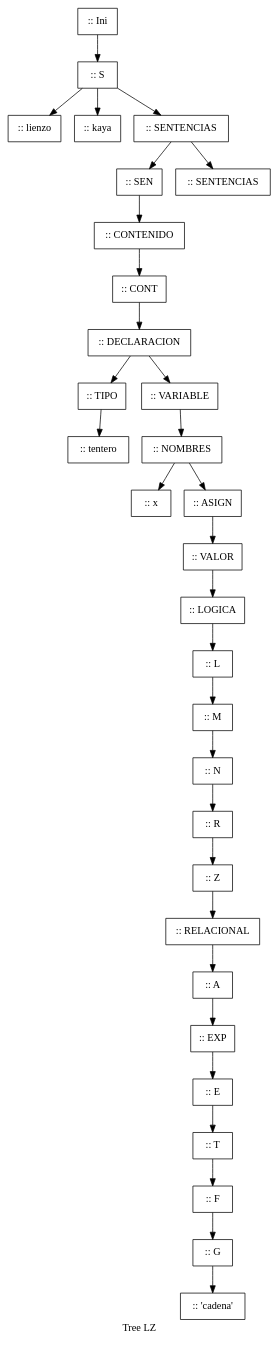
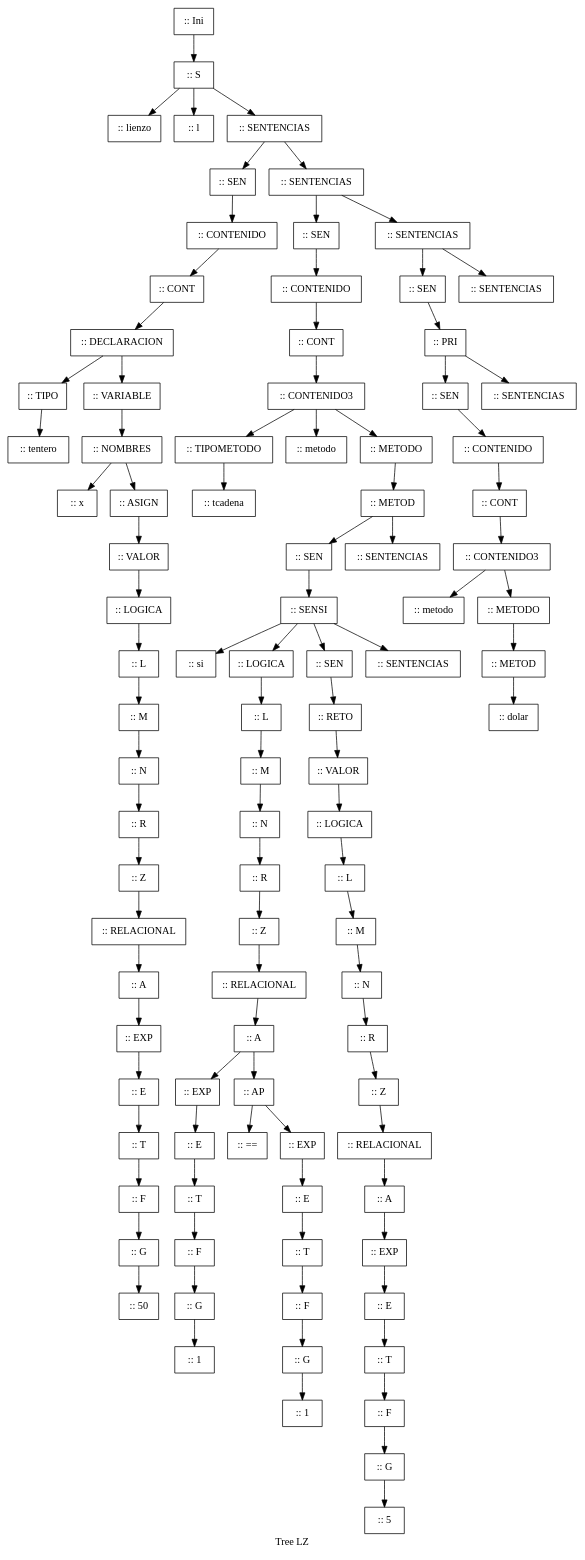
The diagram in proyecto1Compi2/grafica.dot (carlosgomezr/P1), drawn with Graphviz before and after one commit. The commit also changed 81 other files, not shown here.

```diff
--- a/proyecto1Compi2/grafica.dot
+++ b/proyecto1Compi2/grafica.dot
@@ -11,7 +11,7 @@
 nodo3[label= "
  :: lienzo"]; 
 nodo4[label= "
- :: kaya"]; 
+ :: l"]; 
 nodo5[label= "
  :: SENTENCIAS"]; 
 nodo5->nodo6;
@@ -89,8 +89,206 @@
  :: G"]; 
 nodo30->nodo31;
 nodo31[label= "
- :: 'cadena'"]; 
+ :: 50"]; 
 nodo7[label= "
+ :: SENTENCIAS"]; 
+nodo7->nodo32;
+nodo7->nodo33;
+nodo32[label= "
+ :: SEN"]; 
+nodo32->nodo34;
+nodo34[label= "
+ :: CONTENIDO"]; 
+nodo34->nodo35;
+nodo35[label= "
+ :: CONT"]; 
+nodo35->nodo36;
+nodo36[label= "
+ :: CONTENIDO3"]; 
+nodo36->nodo37;
+nodo36->nodo39;
+nodo36->nodo40;
+nodo37[label= "
+ :: TIPOMETODO"]; 
+nodo37->nodo38;
+nodo38[label= "
+ :: tcadena"]; 
+nodo39[label= "
+ :: metodo"]; 
+nodo40[label= "
+ :: METODO"]; 
+nodo40->nodo41;
+nodo41[label= "
+ :: METOD"]; 
+nodo41->nodo42;
+nodo41->nodo43;
+nodo42[label= "
+ :: SEN"]; 
+nodo42->nodo44;
+nodo44[label= "
+ :: SENSI"]; 
+nodo44->nodo45;
+nodo44->nodo46;
+nodo44->nodo68;
+nodo44->nodo69;
+nodo45[label= "
+ :: si"]; 
+nodo46[label= "
+ :: LOGICA"]; 
+nodo46->nodo47;
+nodo47[label= "
+ :: L"]; 
+nodo47->nodo48;
+nodo48[label= "
+ :: M"]; 
+nodo48->nodo49;
+nodo49[label= "
+ :: N"]; 
+nodo49->nodo50;
+nodo50[label= "
+ :: R"]; 
+nodo50->nodo51;
+nodo51[label= "
+ :: Z"]; 
+nodo51->nodo52;
+nodo52[label= "
+ :: RELACIONAL"]; 
+nodo52->nodo53;
+nodo53[label= "
+ :: A"]; 
+nodo53->nodo54;
+nodo53->nodo60;
+nodo54[label= "
+ :: EXP"]; 
+nodo54->nodo55;
+nodo55[label= "
+ :: E"]; 
+nodo55->nodo56;
+nodo56[label= "
+ :: T"]; 
+nodo56->nodo57;
+nodo57[label= "
+ :: F"]; 
+nodo57->nodo58;
+nodo58[label= "
+ :: G"]; 
+nodo58->nodo59;
+nodo59[label= "
+ :: 1"]; 
+nodo60[label= "
+ :: AP"]; 
+nodo60->nodo61;
+nodo60->nodo62;
+nodo61[label= "
+ :: =="]; 
+nodo62[label= "
+ :: EXP"]; 
+nodo62->nodo63;
+nodo63[label= "
+ :: E"]; 
+nodo63->nodo64;
+nodo64[label= "
+ :: T"]; 
+nodo64->nodo65;
+nodo65[label= "
+ :: F"]; 
+nodo65->nodo66;
+nodo66[label= "
+ :: G"]; 
+nodo66->nodo67;
+nodo67[label= "
+ :: 1"]; 
+nodo68[label= "
+ :: SEN"]; 
+nodo68->nodo70;
+nodo70[label= "
+ :: RETO"]; 
+nodo70->nodo71;
+nodo71[label= "
+ :: VALOR"]; 
+nodo71->nodo72;
+nodo72[label= "
+ :: LOGICA"]; 
+nodo72->nodo73;
+nodo73[label= "
+ :: L"]; 
+nodo73->nodo74;
+nodo74[label= "
+ :: M"]; 
+nodo74->nodo75;
+nodo75[label= "
+ :: N"]; 
+nodo75->nodo76;
+nodo76[label= "
+ :: R"]; 
+nodo76->nodo77;
+nodo77[label= "
+ :: Z"]; 
+nodo77->nodo78;
+nodo78[label= "
+ :: RELACIONAL"]; 
+nodo78->nodo79;
+nodo79[label= "
+ :: A"]; 
+nodo79->nodo80;
+nodo80[label= "
+ :: EXP"]; 
+nodo80->nodo81;
+nodo81[label= "
+ :: E"]; 
+nodo81->nodo82;
+nodo82[label= "
+ :: T"]; 
+nodo82->nodo83;
+nodo83[label= "
+ :: F"]; 
+nodo83->nodo84;
+nodo84[label= "
+ :: G"]; 
+nodo84->nodo85;
+nodo85[label= "
+ :: 5"]; 
+nodo69[label= "
+ :: SENTENCIAS"]; 
+nodo43[label= "
+ :: SENTENCIAS"]; 
+nodo33[label= "
+ :: SENTENCIAS"]; 
+nodo33->nodo86;
+nodo33->nodo87;
+nodo86[label= "
+ :: SEN"]; 
+nodo86->nodo88;
+nodo88[label= "
+ :: PRI"]; 
+nodo88->nodo89;
+nodo88->nodo90;
+nodo89[label= "
+ :: SEN"]; 
+nodo89->nodo91;
+nodo91[label= "
+ :: CONTENIDO"]; 
+nodo91->nodo92;
+nodo92[label= "
+ :: CONT"]; 
+nodo92->nodo93;
+nodo93[label= "
+ :: CONTENIDO3"]; 
+nodo93->nodo94;
+nodo93->nodo95;
+nodo94[label= "
+ :: metodo"]; 
+nodo95[label= "
+ :: METODO"]; 
+nodo95->nodo96;
+nodo96[label= "
+ :: METOD"]; 
+nodo96->nodo97;
+nodo97[label= "
+ :: dolar"]; 
+nodo90[label= "
+ :: SENTENCIAS"]; 
+nodo87[label= "
  :: SENTENCIAS"]; 
 }
  }
```
